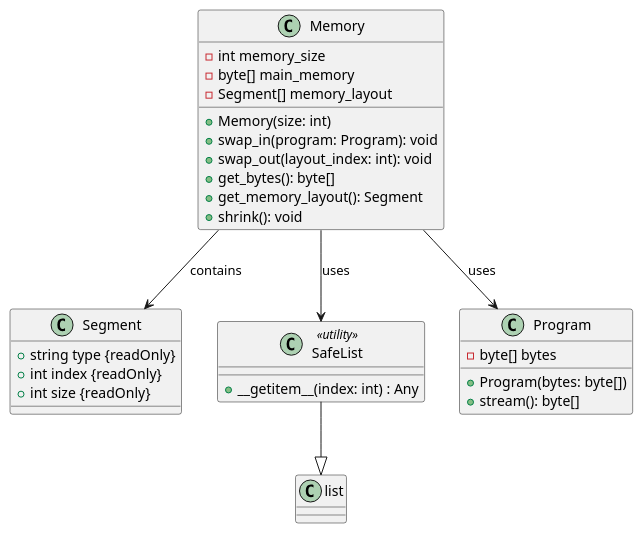
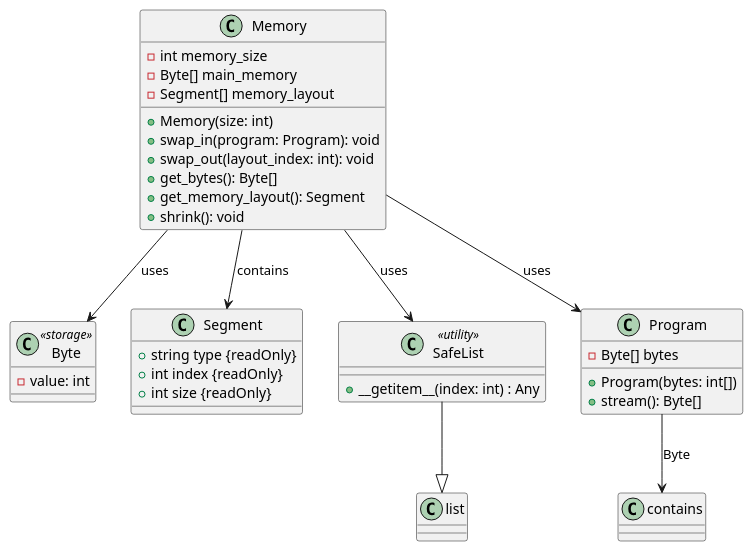
Before and after one commit to Caue-Aron/MEMSIM: the diagram in schema.puml, drawn with PlantUML. The commit also changed 4 other files, not shown here.

```diff
--- a/schema.puml
+++ b/schema.puml
@@ -1,36 +1,42 @@
 @startuml MEMSIM
 class Memory {
     - int memory_size
-    - byte[] main_memory
+    - Byte[] main_memory
     - Segment[] memory_layout
 
     + Memory(size: int)
     + swap_in(program: Program): void
     + swap_out(layout_index: int): void
-    + get_bytes(): byte[]
+    + get_bytes(): Byte[]
     + get_memory_layout(): Segment
     + shrink(): void
+}
+
+class Byte <<storage>> {
+    - value: int
 }
 
 class Segment {
     + string type {readOnly}
     + int index {readOnly}
     + int size {readOnly}
 }
 
 class SafeList <<utility>> {
     + __getitem__(index: int) : Any
 }
 
 class Program {
-    - byte[] bytes
+    - Byte[] bytes
 
-    + Program(bytes: byte[])
-    + stream(): byte[]
+    + Program(bytes: int[])
+    + stream(): Byte[]
 }
 
 SafeList --|> list
 Memory --> Program : uses
 Memory --> SafeList : uses
 Memory --> Segment : contains
+Memory --> Byte : uses
+Program --> contains : Byte
 @enduml
```
